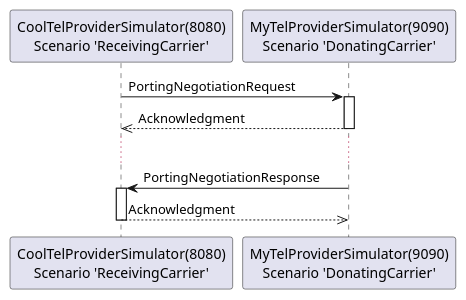
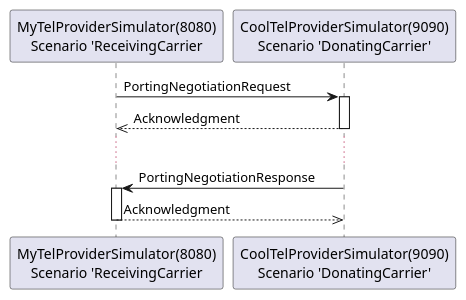
One commit to ConSol/simulator-porting-demo changed the diagram in doc/porting_negotiation_simulator.puml. Above: the diagram before and after it, drawn with PlantUML. The commit also changed 1 other file, not shown here.

Commit message:
MyTel <=> CoolTel

```diff
--- a/doc/porting_negotiation_simulator.puml
+++ b/doc/porting_negotiation_simulator.puml
@@ -1,19 +1,19 @@
 @startuml
 
-participant "CoolTelProviderSimulator(8080)\nScenario 'ReceivingCarrier'" as ReceivingCarrier
-participant "MyTelProviderSimulator(9090)\nScenario 'DonatingCarrier'" as DonatingCarrier
+participant "MyTelProviderSimulator(8080)\nScenario 'ReceivingCarrier" as ReceivingCarrier
+participant "CoolTelProviderSimulator(9090)\nScenario 'DonatingCarrier'" as DonatingCarrier
 
 
 ReceivingCarrier -> DonatingCarrier : PortingNegotiationRequest
 activate DonatingCarrier
 DonatingCarrier -->> ReceivingCarrier : Acknowledgment
 deactivate DonatingCarrier
 
 ...
 
 DonatingCarrier -> ReceivingCarrier : PortingNegotiationResponse
 activate ReceivingCarrier
 ReceivingCarrier -->> DonatingCarrier : Acknowledgment
 deactivate ReceivingCarrier
 
 @enduml
```
